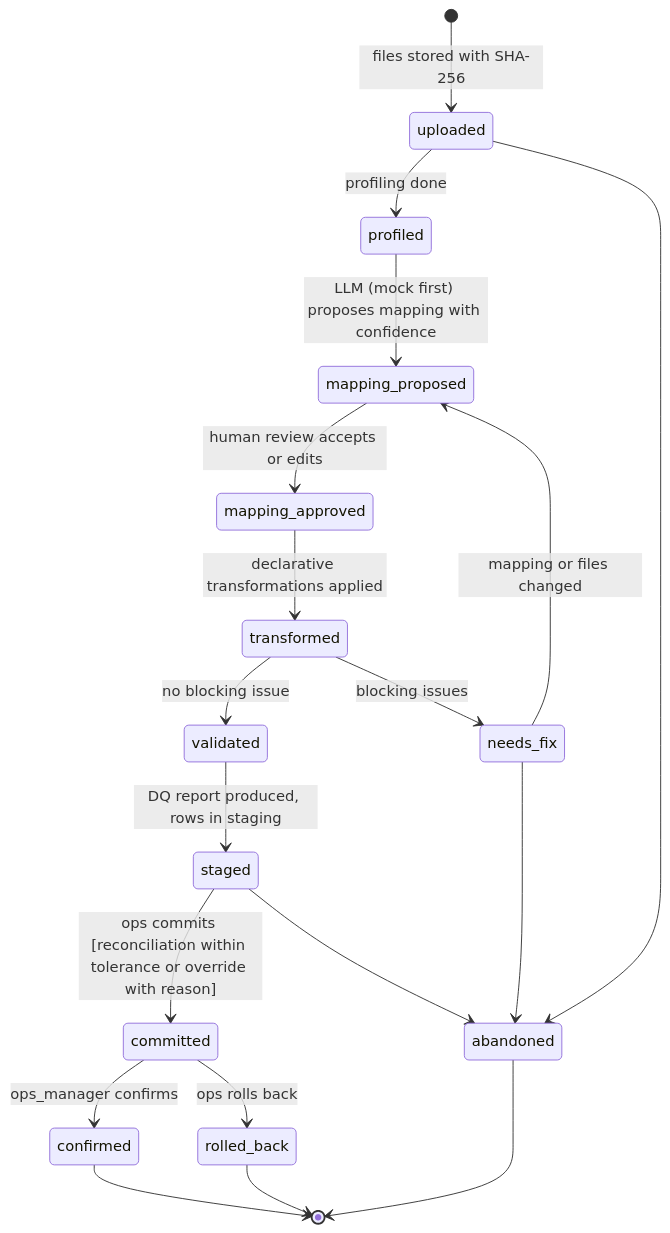
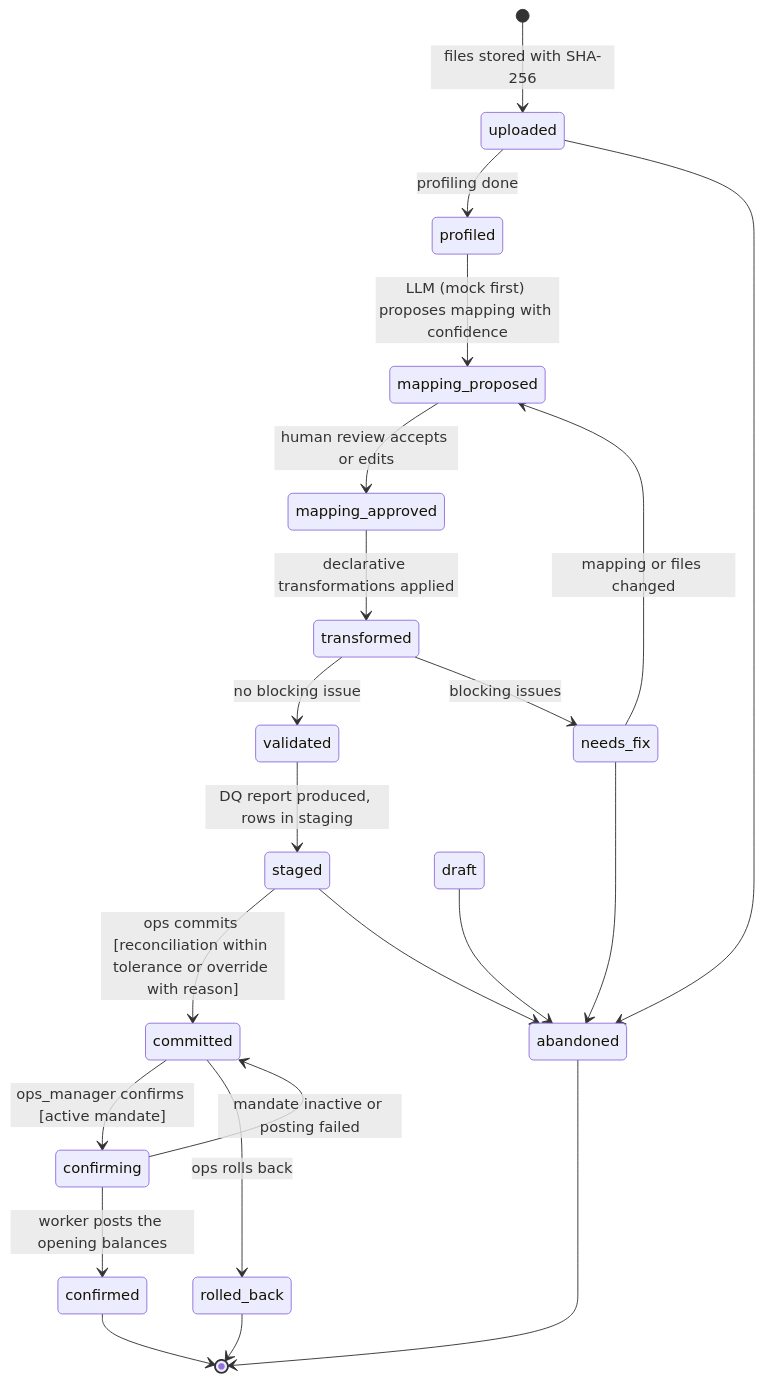
One commit to TheliosGroupe/collectoo changed diagram 13 of 13 in docs/DOMAIN.md. Above: the diagram before and after it, drawn with Mermaid. The commit also changed other lines of this file, not shown here.

First line of the commit message:
DOMAIN: boarding state machine with confirming and openings at confirmation

````diff
--- a/docs/DOMAIN.md
+++ b/docs/DOMAIN.md
@@ -1065,21 +1065,24 @@
 ```mermaid
 stateDiagram-v2
     [*] --> uploaded : files stored with SHA-256
     uploaded --> profiled : profiling done
     profiled --> mapping_proposed : LLM (mock first) proposes mapping with confidence
     mapping_proposed --> mapping_approved : human review accepts or edits
     mapping_approved --> transformed : declarative transformations applied
     transformed --> validated : no blocking issue
     transformed --> needs_fix : blocking issues
     needs_fix --> mapping_proposed : mapping or files changed
     validated --> staged : DQ report produced, rows in staging
     staged --> committed : ops commits [reconciliation within tolerance or override with reason]
-    committed --> confirmed : ops_manager confirms
+    committed --> confirming : ops_manager confirms [active mandate]
+    confirming --> confirmed : worker posts the opening balances
+    confirming --> committed : mandate inactive or posting failed
     committed --> rolled_back : ops rolls back
+    draft --> abandoned
     uploaded --> abandoned
     needs_fix --> abandoned
     staged --> abandoned
     confirmed --> [*]
     rolled_back --> [*]
     abandoned --> [*]
 ```
````
